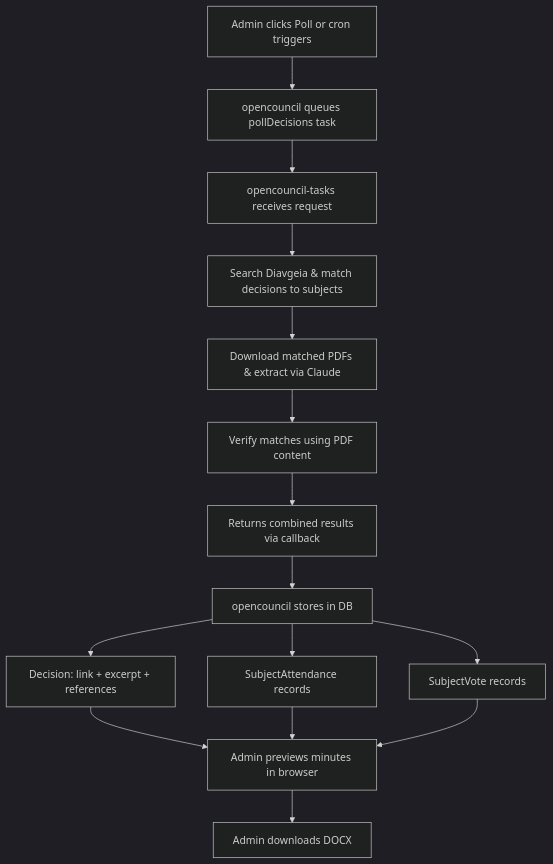
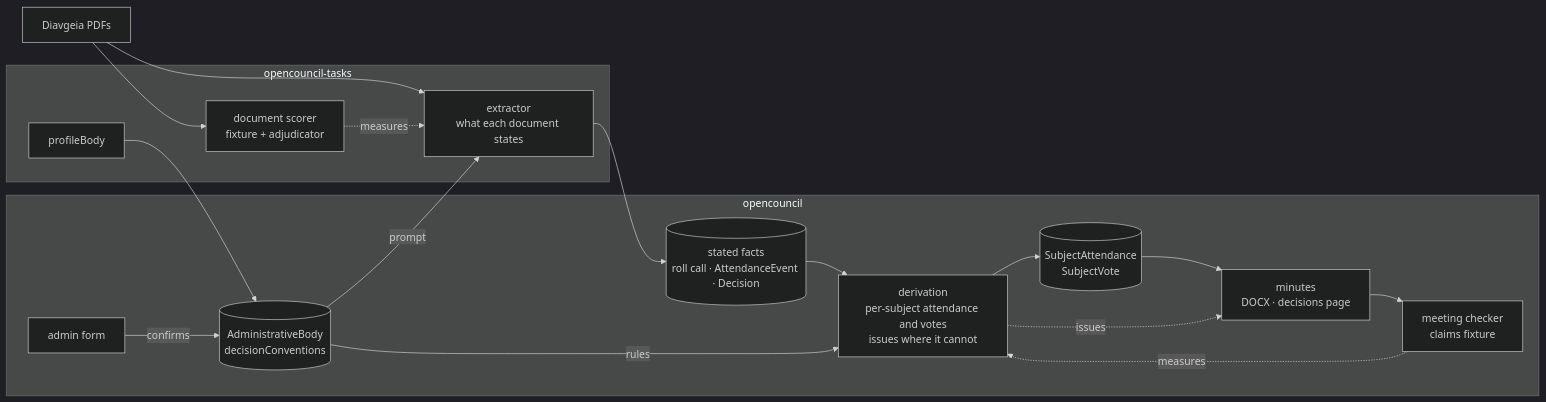
The diagram in docs/guides/meeting-minutes.md (schemalabz/opencouncil), drawn with Mermaid (dark theme) before and after one commit. The commit also changed other lines of this file and 2 other files, not shown here.

Commit message:
docs(minutes): rewrite the guide around stated facts; keep the design records

````diff
--- a/docs/guides/meeting-minutes.md
+++ b/docs/guides/meeting-minutes.md
@@ -18,20 +20,31 @@
 ```mermaid
-flowchart TD
-    A[Admin clicks Poll or cron triggers] --> B[opencouncil queues pollDecisions task]
-    B --> C[opencouncil-tasks receives request]
-    C --> D[Search Diavgeia & match decisions to subjects]
-    D --> E[Download matched PDFs & extract via Claude]
-    E --> F[Verify matches using PDF content]
-    F --> G[Returns combined results via callback]
-    G --> H[opencouncil stores in DB]
+flowchart LR
+    PDF[Diavgeia PDFs]
 
-    H --> I[Decision: link + excerpt + references]
-    H --> J[SubjectAttendance records]
-    H --> K[SubjectVote records]
+    subgraph tasks [opencouncil-tasks]
+        X[extractor<br/>what each document states]
+        P[profileBody]
+        S[document scorer<br/>fixture + adjudicator]
+    end
 
-    I --> L[Admin previews minutes in browser]
-    J --> L
-    K --> L
+    subgraph oc [opencouncil]
+        C[(AdministrativeBody<br/>decisionConventions)]
+        A[admin form]
+        F[(stated facts<br/>roll call · AttendanceEvent · Decision)]
+        D[derivation<br/>per-subject attendance and votes<br/>issues where it cannot]
+        R[(SubjectAttendance<br/>SubjectVote)]
+        M[minutes<br/>DOCX · decisions page]
+        K[meeting checker<br/>claims fixture]
+    end
 
-    L --> M[Admin downloads DOCX]
+    PDF --> X --> F --> D --> R --> M
+    D -. issues .-> M
+    P --> C
+    A -- confirms --> C
+    C -- prompt --> X
+    C -- rules --> D
+    PDF --> S
+    S -. measures .-> X
+    M --> K
+    K -. measures .-> D
 ```
````
